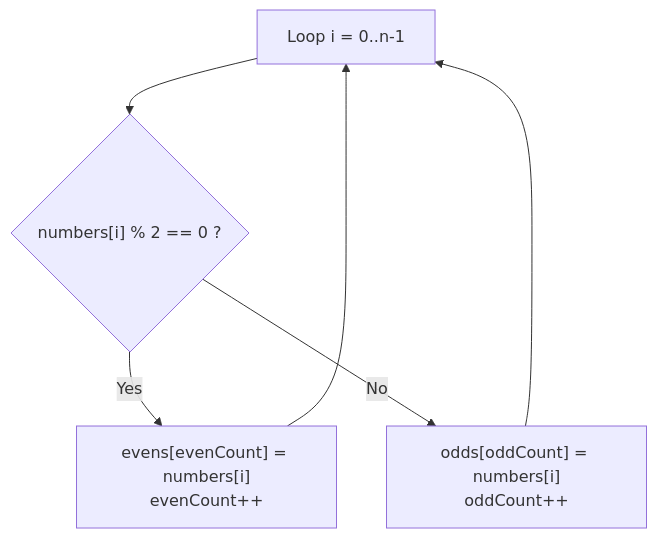
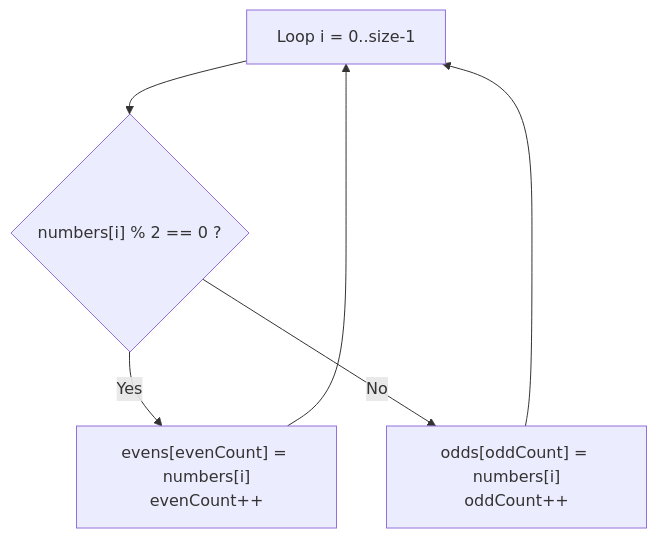
One commit to Wameeedh/c-programing-workshop changed the first of 2 diagrams in c-programing-workshop/session-3/problems/03-evens-and-odds/README.md. Above: the diagram before and after it, drawn with Mermaid. The commit also changed other lines of this file and 12 other files, not shown here.

````diff
--- a/c-programing-workshop/session-3/problems/03-evens-and-odds/README.md
+++ b/c-programing-workshop/session-3/problems/03-evens-and-odds/README.md
@@ -66,8 +96,8 @@
 ```mermaid
 flowchart TD
-    L["Loop i = 0..n-1"] --> C{"numbers[i] % 2 == 0 ?"}
+    L["Loop i = 0..size-1"] --> C{"numbers[i] % 2 == 0 ?"}
     C -- Yes --> E["evens[evenCount] = numbers[i]<br/>evenCount++"]
     C -- No --> O["odds[oddCount] = numbers[i]<br/>oddCount++"]
     E --> L
     O --> L
 ```
````
